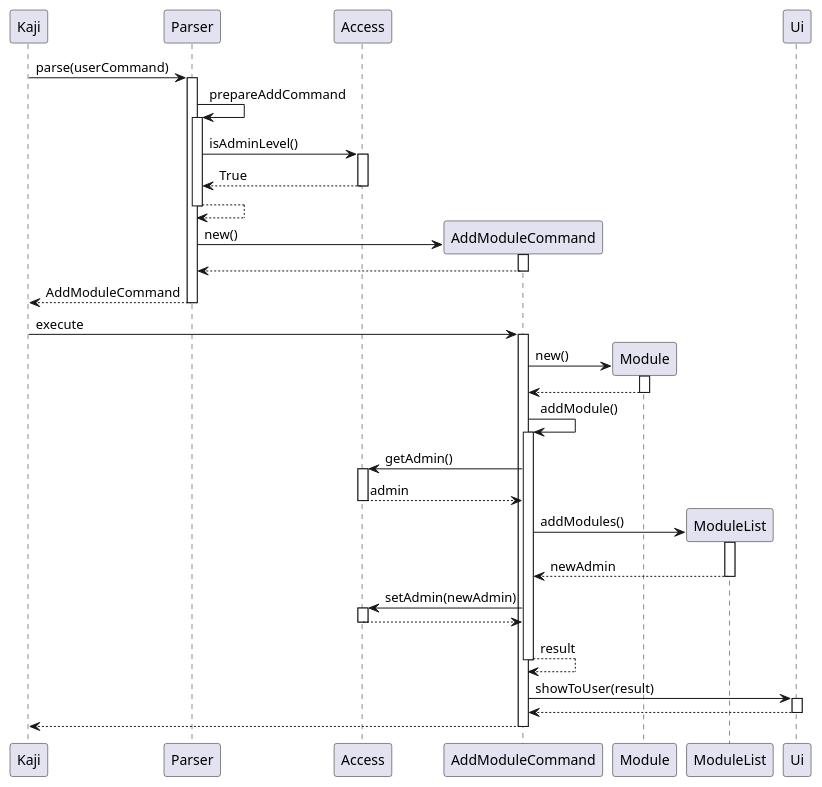
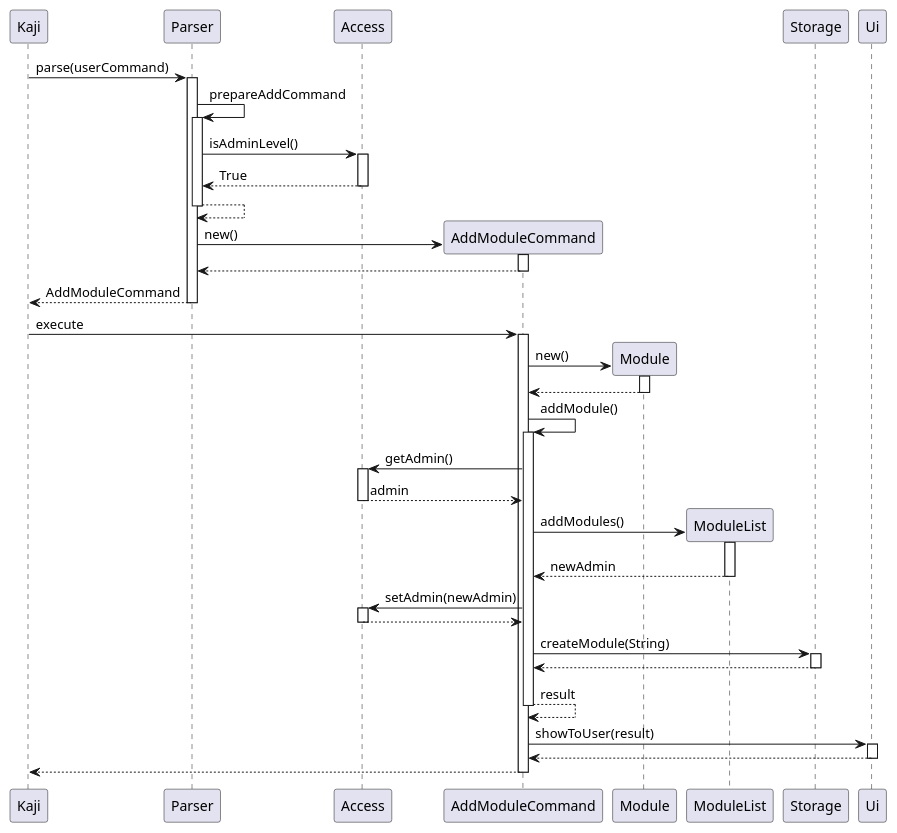
Before and after one commit to nus-cs2113-AY2021S1/tp: the diagram in docs/UML/AddModuleCommand.puml, drawn with PlantUML. The commit also changed 3 other files, not shown here.

```diff
--- a/docs/UML/AddModuleCommand.puml
+++ b/docs/UML/AddModuleCommand.puml
@@ -1,29 +1,31 @@
 @startuml
 Kaji -> Parser ++ : parse(userCommand)
 Parser -> Parser ++ : prepareAddCommand
 Parser -> Access ++ : isAdminLevel()
 return True
 return
 create AddModuleCommand
 Parser -> AddModuleCommand ++ : new()
 return
 return AddModuleCommand
 Kaji -> AddModuleCommand ++ : execute
 
 create Module
 AddModuleCommand -> Module ++ : new()
 return
 AddModuleCommand -> AddModuleCommand ++ : addModule()
 AddModuleCommand -> Access ++ : getAdmin()
 return admin
 create ModuleList
 AddModuleCommand -> ModuleList ++ : addModules()
 return newAdmin
 AddModuleCommand -> Access ++ : setAdmin(newAdmin)
 return
+AddModuleCommand -> Storage ++: createModule(String)
+return
 return result
 AddModuleCommand -> Ui ++ : showToUser(result)
 return
 return
 
 @enduml
```
